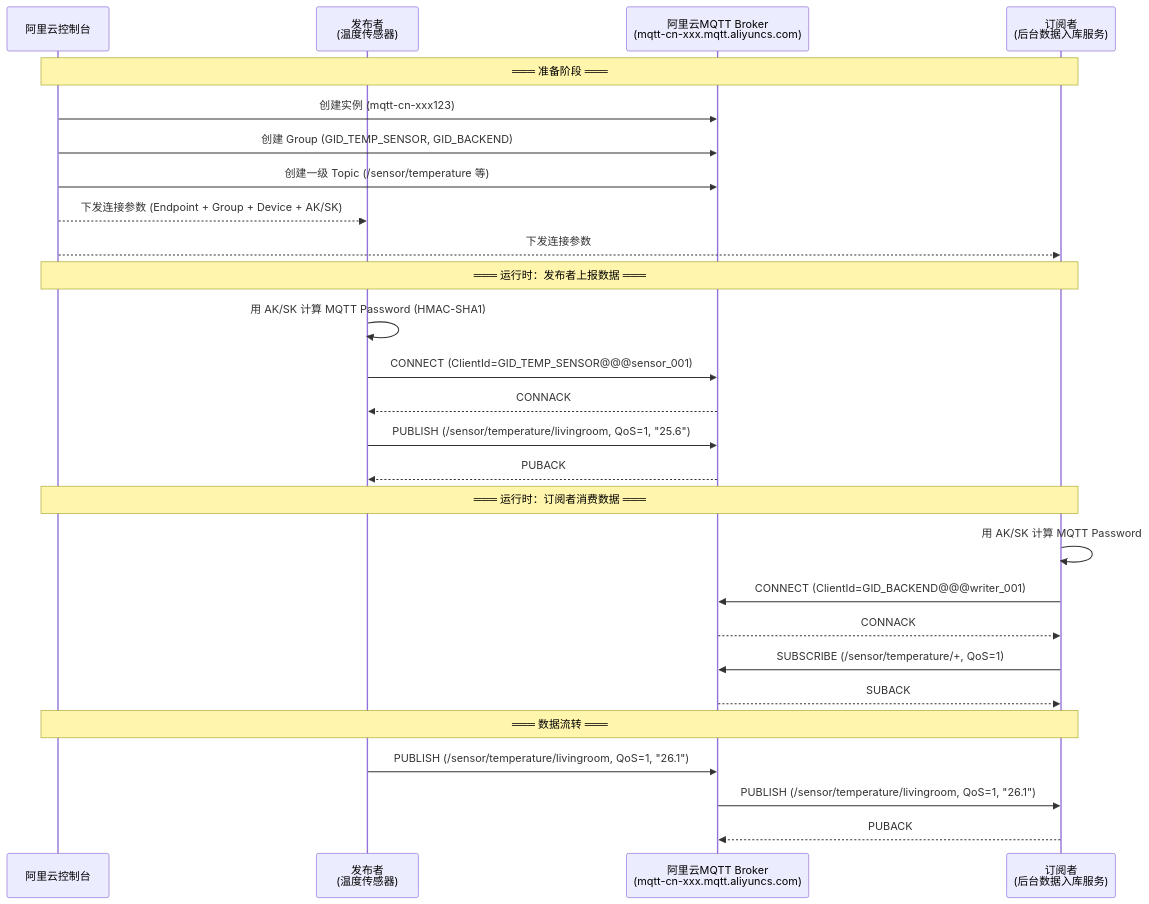
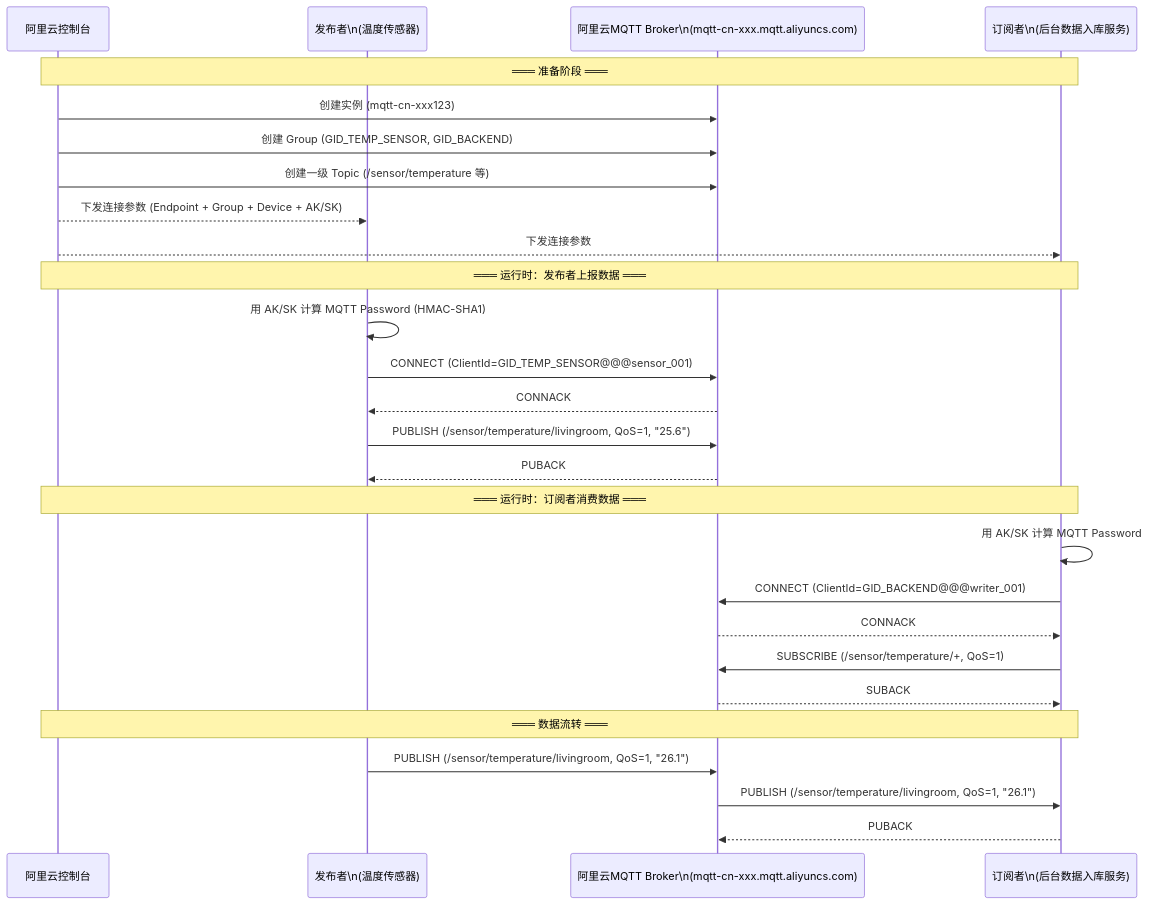
Before and after one commit to yaocat55/yaocat55.github.io: the ninth of 10 diagrams in content/posts/iot/MqttFundamentals.md, drawn with Mermaid. The commit also changed other lines of this file and 155 other files, not shown here.

````diff
--- a/content/posts/iot/MqttFundamentals.md
+++ b/content/posts/iot/MqttFundamentals.md
@@ -583,35 +583,35 @@
 ```mermaid
 sequenceDiagram
     participant CONSOLE as 阿里云控制台
-    participant PUB as 发布者<br/>(温度传感器)
-    participant BROKER as 阿里云MQTT Broker<br/>(mqtt-cn-xxx.mqtt.aliyuncs.com)
-    participant SUB as 订阅者<br/>(后台数据入库服务)
+    participant PUB as 发布者\n(温度传感器)
+    participant BROKER as 阿里云MQTT Broker\n(mqtt-cn-xxx.mqtt.aliyuncs.com)
+    participant SUB as 订阅者\n(后台数据入库服务)
 
     Note over CONSOLE,SUB: ═══ 准备阶段 ═══
     CONSOLE->>BROKER: 创建实例 (mqtt-cn-xxx123)
     CONSOLE->>BROKER: 创建 Group (GID_TEMP_SENSOR, GID_BACKEND)
     CONSOLE->>BROKER: 创建一级 Topic (/sensor/temperature 等)
     CONSOLE-->>PUB: 下发连接参数 (Endpoint + Group + Device + AK/SK)
     CONSOLE-->>SUB: 下发连接参数
 
     Note over CONSOLE,SUB: ═══ 运行时：发布者上报数据 ═══
     PUB->>PUB: 用 AK/SK 计算 MQTT Password (HMAC-SHA1)
     PUB->>BROKER: CONNECT (ClientId=GID_TEMP_SENSOR@@@sensor_001)
     BROKER-->>PUB: CONNACK
 
     PUB->>BROKER: PUBLISH (/sensor/temperature/livingroom, QoS=1, "25.6")
     BROKER-->>PUB: PUBACK
 
     Note over CONSOLE,SUB: ═══ 运行时：订阅者消费数据 ═══
     SUB->>SUB: 用 AK/SK 计算 MQTT Password
     SUB->>BROKER: CONNECT (ClientId=GID_BACKEND@@@writer_001)
     BROKER-->>SUB: CONNACK
 
     SUB->>BROKER: SUBSCRIBE (/sensor/temperature/+, QoS=1)
     BROKER-->>SUB: SUBACK
 
     Note over CONSOLE,SUB: ═══ 数据流转 ═══
     PUB->>BROKER: PUBLISH (/sensor/temperature/livingroom, QoS=1, "26.1")
     BROKER->>SUB: PUBLISH (/sensor/temperature/livingroom, QoS=1, "26.1")
     SUB-->>BROKER: PUBACK
 ```
````
